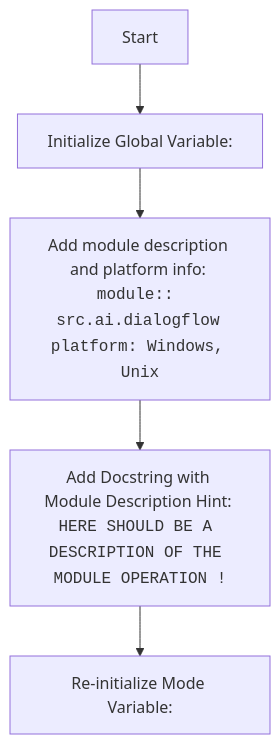
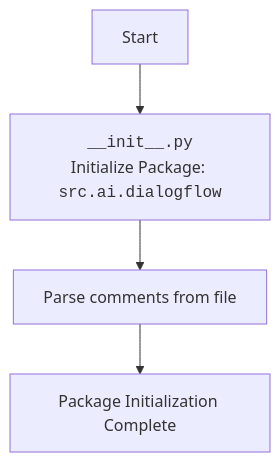
One commit to hypo69/hypo changed the diagram in docs/gemini/ru/explainer/src/ai/dialogflow/__init__.py.md. Above: the diagram before and after it, drawn with Mermaid. The commit also changed other lines of this file and 1505 other files, not shown here.

````diff
--- a/docs/gemini/ru/explainer/src/ai/dialogflow/__init__.py.md
+++ b/docs/gemini/ru/explainer/src/ai/dialogflow/__init__.py.md
@@ -21,7 +26,6 @@
 ```mermaid
 flowchart TD
-    Start --> InitializeMode[Initialize Global Variable: <br><code></code>]
-    InitializeMode --> ModuleDescription[Add module description and platform info: <br><code>module:: src.ai.dialogflow</code> <br> <code>platform: Windows, Unix</code>]
-    ModuleDescription --> AddDocString[Add Docstring with Module Description Hint: <br><code>HERE SHOULD BE A DESCRIPTION OF THE MODULE OPERATION !</code>]
-    AddDocString --> ReInitializeMode[Re-initialize Mode Variable:<br><code></code>]
+    Start --> Init[<code>__init__.py</code><br>Initialize Package: <code>src.ai.dialogflow</code>]
+    Init --> Comments[Parse comments from file]
+    Comments --> End[Package Initialization Complete]
 ```
````
